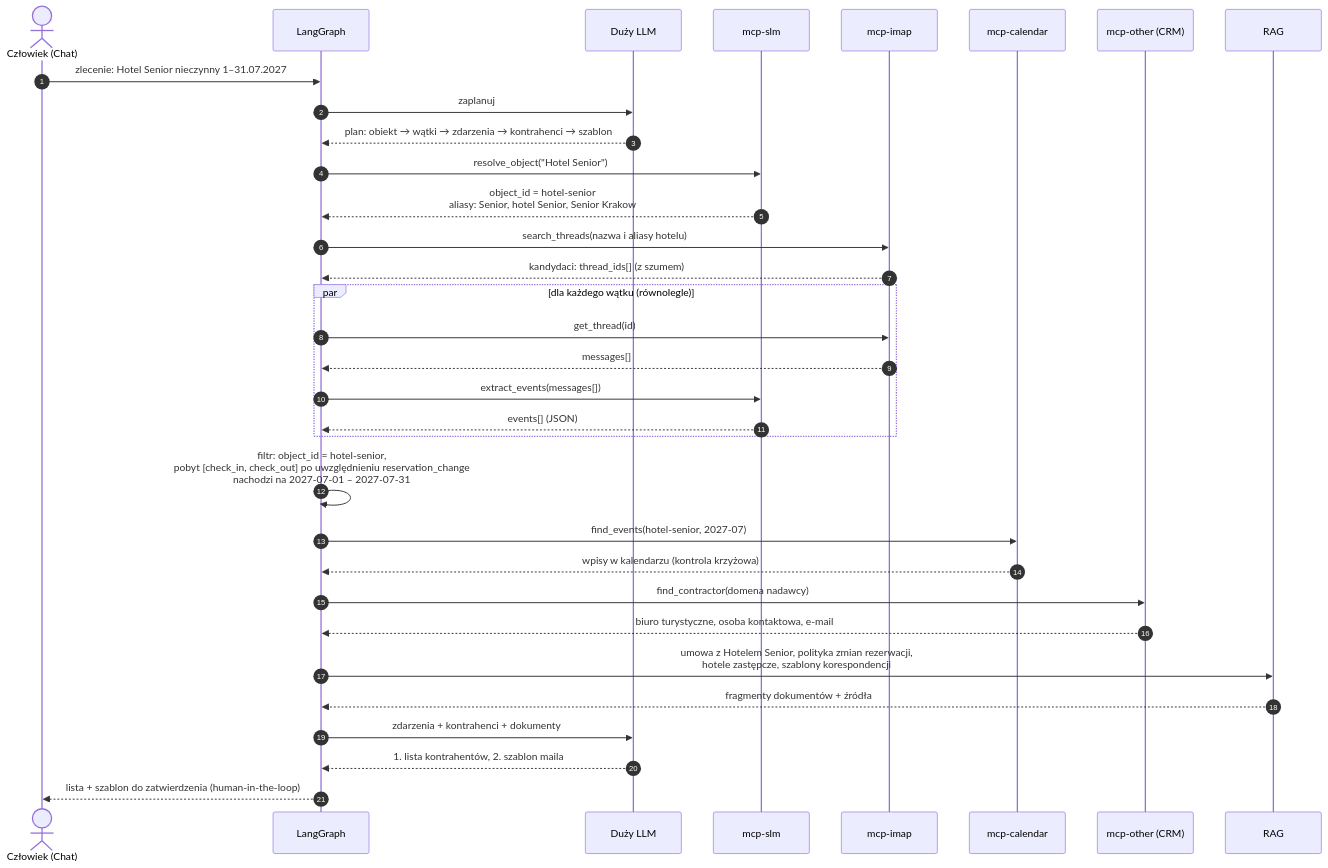
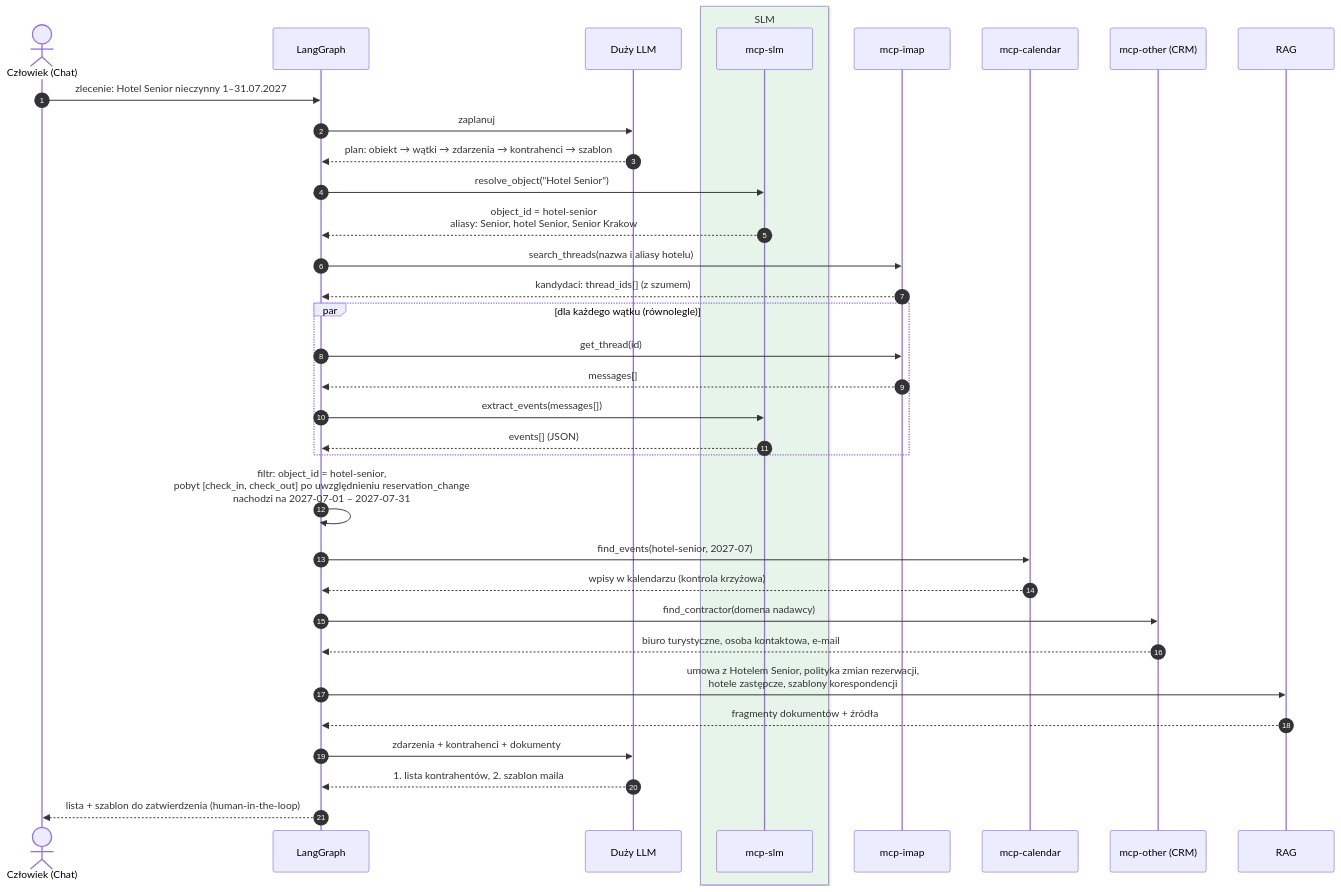
Before and after one commit to staszekj/architecture-slm-and-llm: the second of 2 diagrams in diagrams/01-overview.md, drawn with Mermaid.

````diff
--- a/diagrams/01-overview.md
+++ b/diagrams/01-overview.md
@@ -88,44 +88,46 @@
 ```mermaid
 sequenceDiagram
     autonumber
     actor U as Człowiek (Chat)
     participant G as LangGraph
     participant L as Duży LLM
-    participant S as mcp-slm
+    box rgb(230, 244, 234) SLM
+        participant S as mcp-slm
+    end
     participant I as mcp-imap
     participant C as mcp-calendar
     participant O as mcp-other (CRM)
     participant R as RAG
 
     U->>G: zlecenie: Hotel Senior nieczynny 1–31.07.2027
     G->>L: zaplanuj
     L-->>G: plan: obiekt → wątki → zdarzenia → kontrahenci → szablon
 
     G->>S: resolve_object("Hotel Senior")
     S-->>G: object_id = hotel-senior<br/>aliasy: Senior, hotel Senior, Senior Krakow
 
     G->>I: search_threads(nazwa i aliasy hotelu)
     I-->>G: kandydaci: thread_ids[] (z szumem)
 
     par dla każdego wątku (równolegle)
         G->>I: get_thread(id)
         I-->>G: messages[]
         G->>S: extract_events(messages[])
         S-->>G: events[] (JSON)
     end
 
     G->>G: filtr: object_id = hotel-senior,<br/>pobyt [check_in, check_out] po uwzględnieniu reservation_change<br/>nachodzi na 2027-07-01 – 2027-07-31
     G->>C: find_events(hotel-senior, 2027-07)
     C-->>G: wpisy w kalendarzu (kontrola krzyżowa)
 
     G->>O: find_contractor(domena nadawcy)
     O-->>G: biuro turystyczne, osoba kontaktowa, e-mail
 
     G->>R: umowa z Hotelem Senior, polityka zmian rezerwacji,<br/>hotele zastępcze, szablony korespondencji
     R-->>G: fragmenty dokumentów + źródła
 
     G->>L: zdarzenia + kontrahenci + dokumenty
     L-->>G: 1. lista kontrahentów, 2. szablon maila
 
     G-->>U: lista + szablon do zatwierdzenia (human-in-the-loop)
 ```
````
